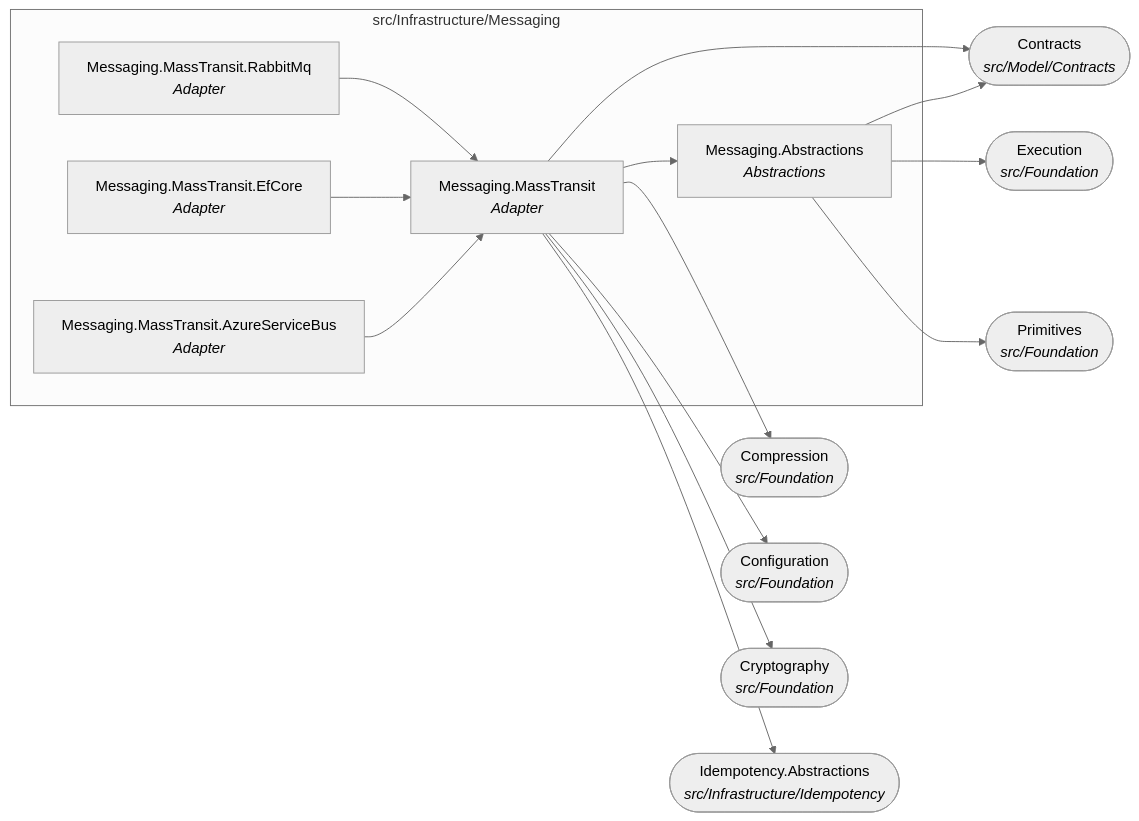
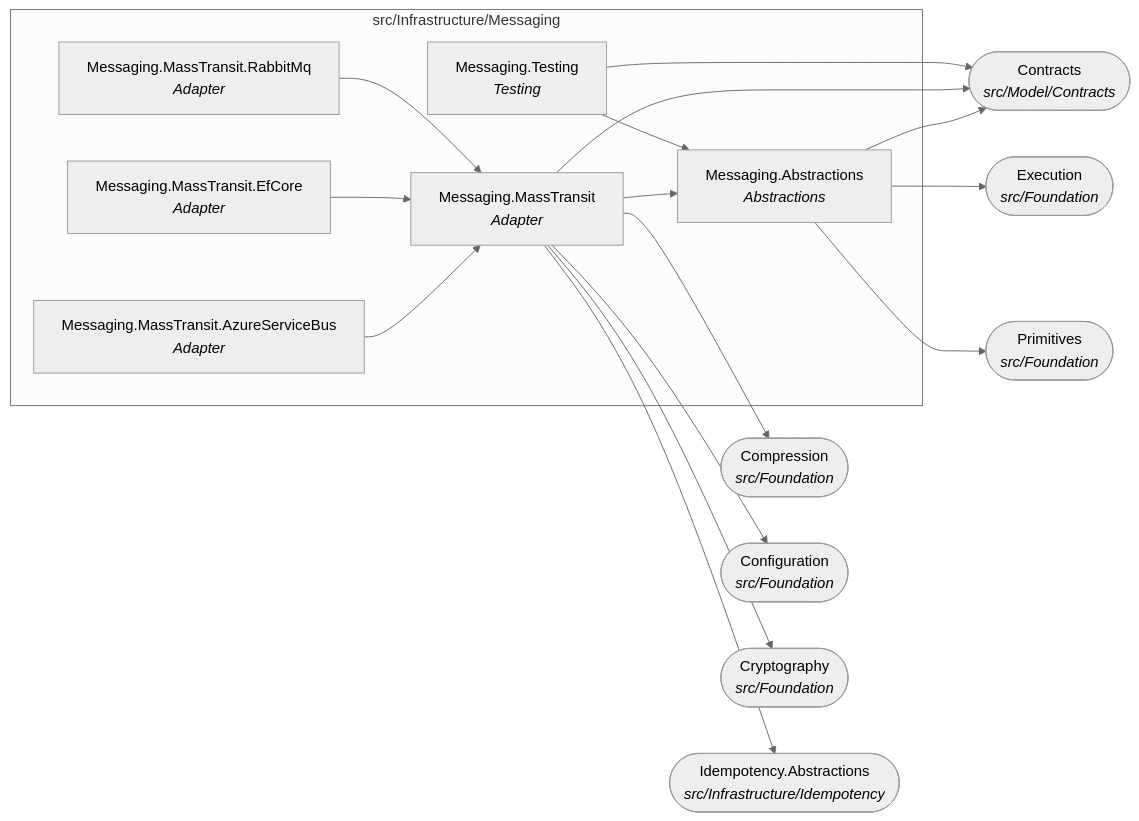
Diagram 12 of 22 in docs/dependency-graph.md (Gresta-Vertex-Labs/platform-shared-kernel), drawn with Mermaid (neutral theme) before and after one commit. The commit also changed other lines of this file and 508 other files, not shown here.

````diff
--- a/docs/dependency-graph.md
+++ b/docs/dependency-graph.md
@@ -416,29 +446,32 @@
 ```mermaid
 flowchart LR
   subgraph folder_src_Infrastructure_Messaging["src/Infrastructure/Messaging"]
     SharedKernel_Messaging_Abstractions["Messaging.Abstractions<br/><i>Abstractions</i>"]
     SharedKernel_Messaging_MassTransit["Messaging.MassTransit<br/><i>Adapter</i>"]
     SharedKernel_Messaging_MassTransit_AzureServiceBus["Messaging.MassTransit.AzureServiceBus<br/><i>Adapter</i>"]
     SharedKernel_Messaging_MassTransit_EfCore["Messaging.MassTransit.EfCore<br/><i>Adapter</i>"]
     SharedKernel_Messaging_MassTransit_RabbitMq["Messaging.MassTransit.RabbitMq<br/><i>Adapter</i>"]
+    SharedKernel_Messaging_Testing["Messaging.Testing<br/><i>Testing</i>"]
   end
   SharedKernel_Compression(["Compression<br/><i>src/Foundation</i>"])
   SharedKernel_Configuration(["Configuration<br/><i>src/Foundation</i>"])
   SharedKernel_Contracts(["Contracts<br/><i>src/Model/Contracts</i>"])
   SharedKernel_Cryptography(["Cryptography<br/><i>src/Foundation</i>"])
   SharedKernel_Execution(["Execution<br/><i>src/Foundation</i>"])
   SharedKernel_Idempotency_Abstractions(["Idempotency.Abstractions<br/><i>src/Infrastructure/Idempotency</i>"])
   SharedKernel_Primitives(["Primitives<br/><i>src/Foundation</i>"])
   SharedKernel_Messaging_Abstractions --> SharedKernel_Contracts
   SharedKernel_Messaging_Abstractions --> SharedKernel_Execution
   SharedKernel_Messaging_Abstractions --> SharedKernel_Primitives
   SharedKernel_Messaging_MassTransit --> SharedKernel_Compression
   SharedKernel_Messaging_MassTransit --> SharedKernel_Configuration
   SharedKernel_Messaging_MassTransit --> SharedKernel_Contracts
   SharedKernel_Messaging_MassTransit --> SharedKernel_Cryptography
   SharedKernel_Messaging_MassTransit --> SharedKernel_Idempotency_Abstractions
   SharedKernel_Messaging_MassTransit --> SharedKernel_Messaging_Abstractions
   SharedKernel_Messaging_MassTransit_AzureServiceBus --> SharedKernel_Messaging_MassTransit
   SharedKernel_Messaging_MassTransit_EfCore --> SharedKernel_Messaging_MassTransit
   SharedKernel_Messaging_MassTransit_RabbitMq --> SharedKernel_Messaging_MassTransit
+  SharedKernel_Messaging_Testing --> SharedKernel_Contracts
+  SharedKernel_Messaging_Testing --> SharedKernel_Messaging_Abstractions
 ```
````
